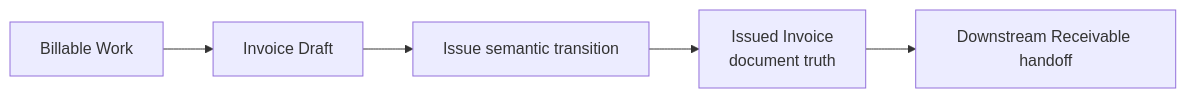
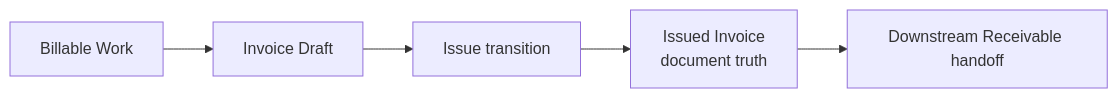
One commit to Leia-Enterprise-Solutions/Leia-Finance changed the diagram in docs/03 - Invoice Module.md. Above: the diagram before and after it, drawn with Mermaid. The commit also changed other lines of this file and 15 other files, not shown here.

````diff
--- a/docs/03 - Invoice Module.md
+++ b/docs/03 - Invoice Module.md
@@ -190,10 +46,10 @@
 ```mermaid
 flowchart LR
     BW[Billable Work]
     D[Invoice Draft]
-    IS[Issue semantic transition]
+    IS[Issue transition]
     II[Issued Invoice<br/>document truth]
     RH[Downstream Receivable handoff]
 
     BW --> D --> IS --> II --> RH
 ```
````
